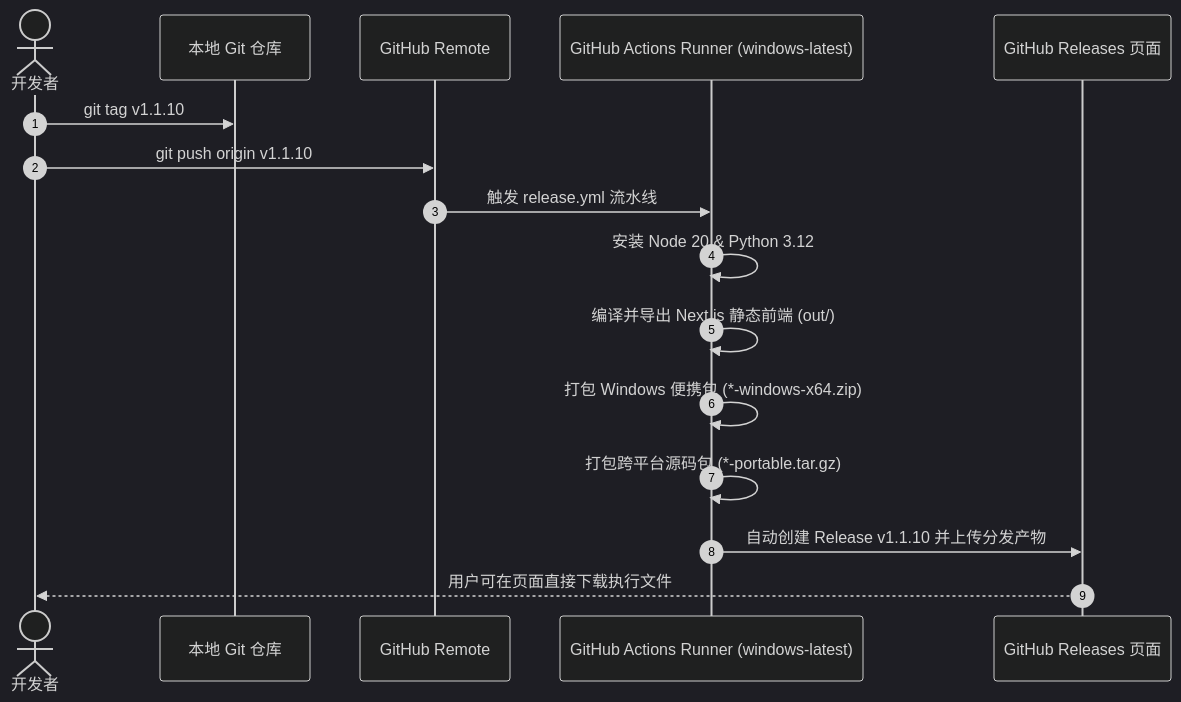
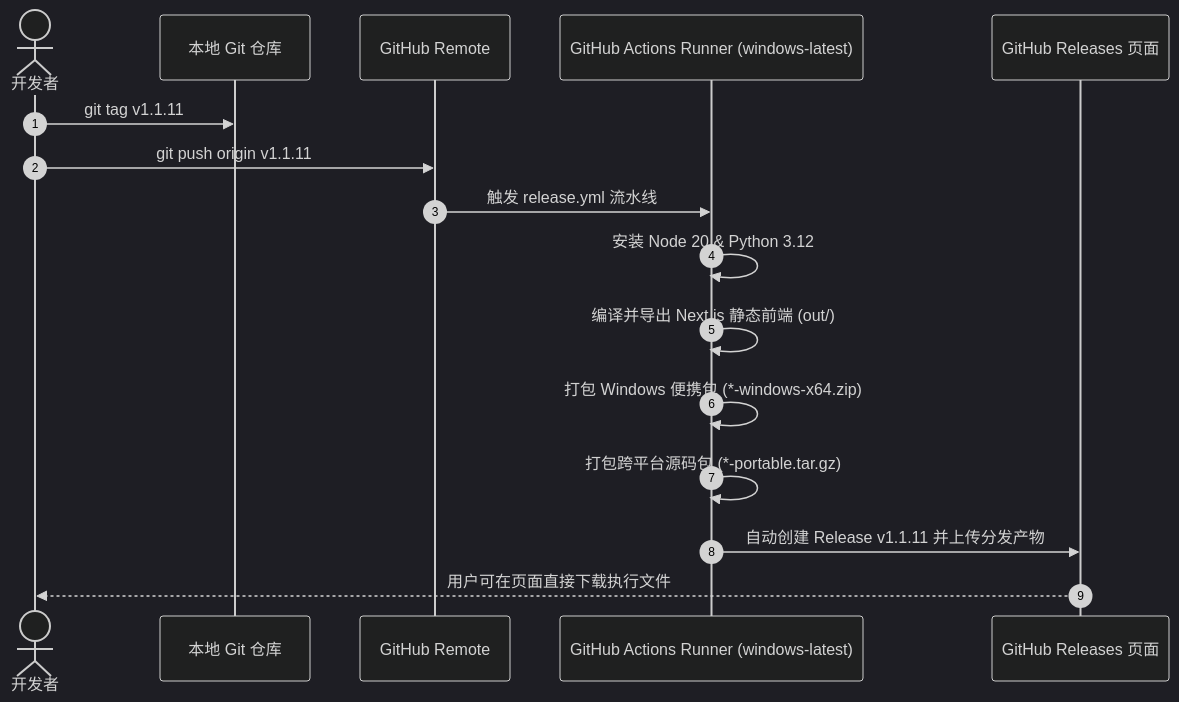
The second of 2 diagrams in README.md (voodooq/agenthub-local), drawn with Mermaid (dark theme) before and after one commit. The commit also changed other lines of this file and 31 other files, not shown here.

````diff
--- a/README.md
+++ b/README.md
@@ -273,19 +288,19 @@
 ```mermaid
 sequenceDiagram
     autonumber
     actor Dev as 开发者
     participant Git as 本地 Git 仓库
     participant GH as GitHub Remote
     participant Actions as GitHub Actions Runner (windows-latest)
     participant Releases as GitHub Releases 页面
 
-    Dev->>Git: git tag v1.1.10
-    Dev->>GH: git push origin v1.1.10
+    Dev->>Git: git tag v1.1.11
+    Dev->>GH: git push origin v1.1.11
     GH->>Actions: 触发 release.yml 流水线
     Actions->>Actions: 安装 Node 20 & Python 3.12
     Actions->>Actions: 编译并导出 Next.js 静态前端 (out/)
     Actions->>Actions: 打包 Windows 便携包 (*-windows-x64.zip)
     Actions->>Actions: 打包跨平台源码包 (*-portable.tar.gz)
-    Actions->>Releases: 自动创建 Release v1.1.10 并上传分发产物
+    Actions->>Releases: 自动创建 Release v1.1.11 并上传分发产物
     Releases-->>Dev: 用户可在页面直接下载执行文件
 ```
````
